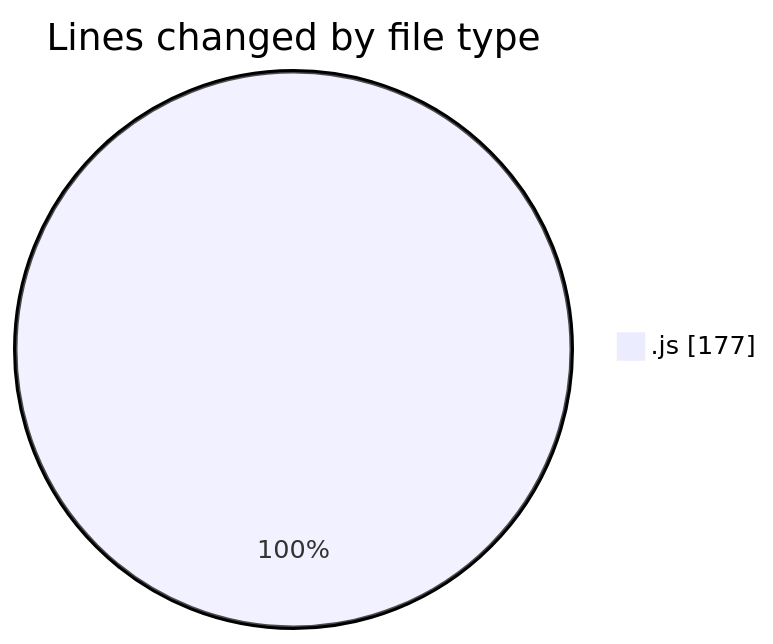
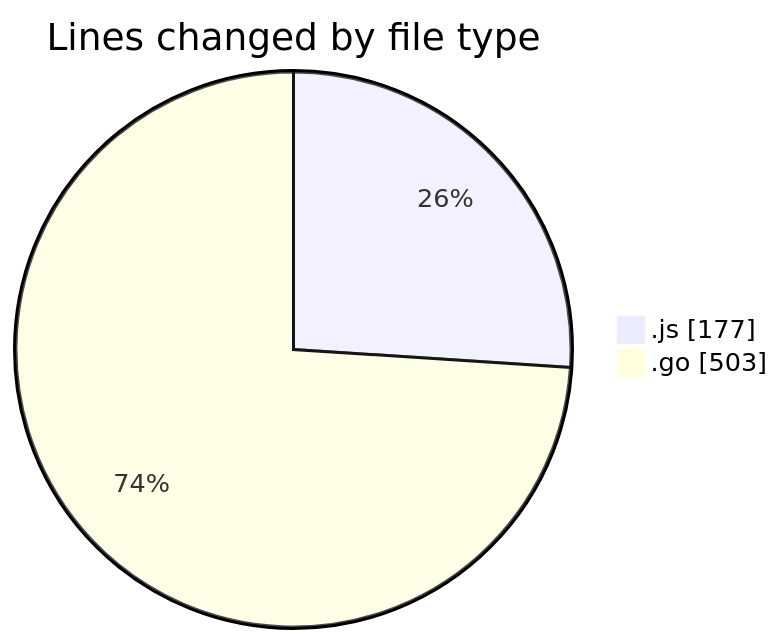
The first of 2 diagrams in 2025-03-04/simulador-serial/README.md (robertbonfada/code-tracking), drawn with Mermaid before and after one commit. The commit also changed other lines of this file and 1 other file, not shown here.

````diff
--- a/2025-03-04/simulador-serial/README.md
+++ b/2025-03-04/simulador-serial/README.md
@@ -20,5 +21,6 @@
 ```mermaid
 pie showData
 title Lines changed by file type
 ".js" : 177
+".go" : 503
 ```
````
